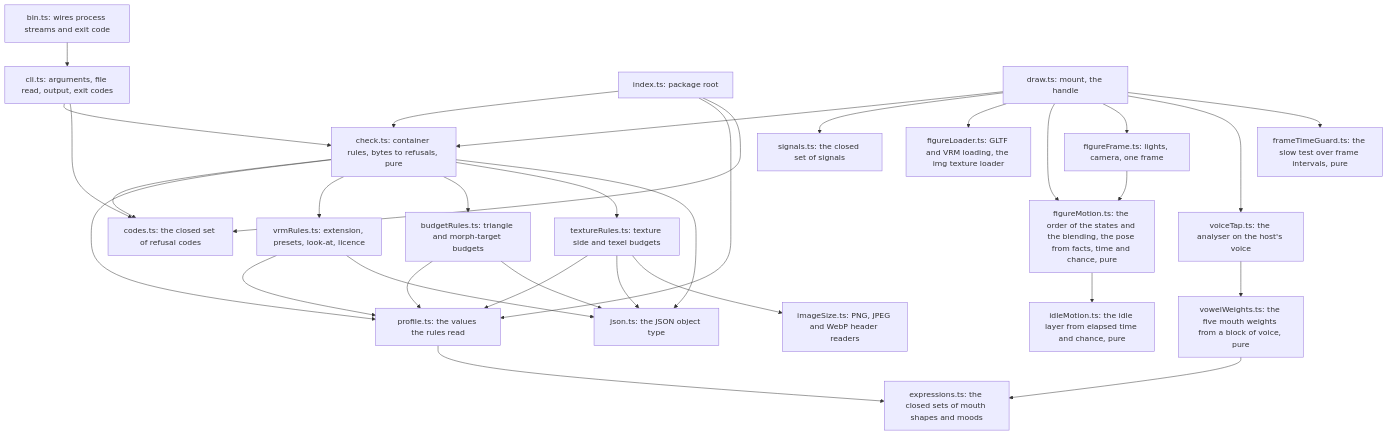
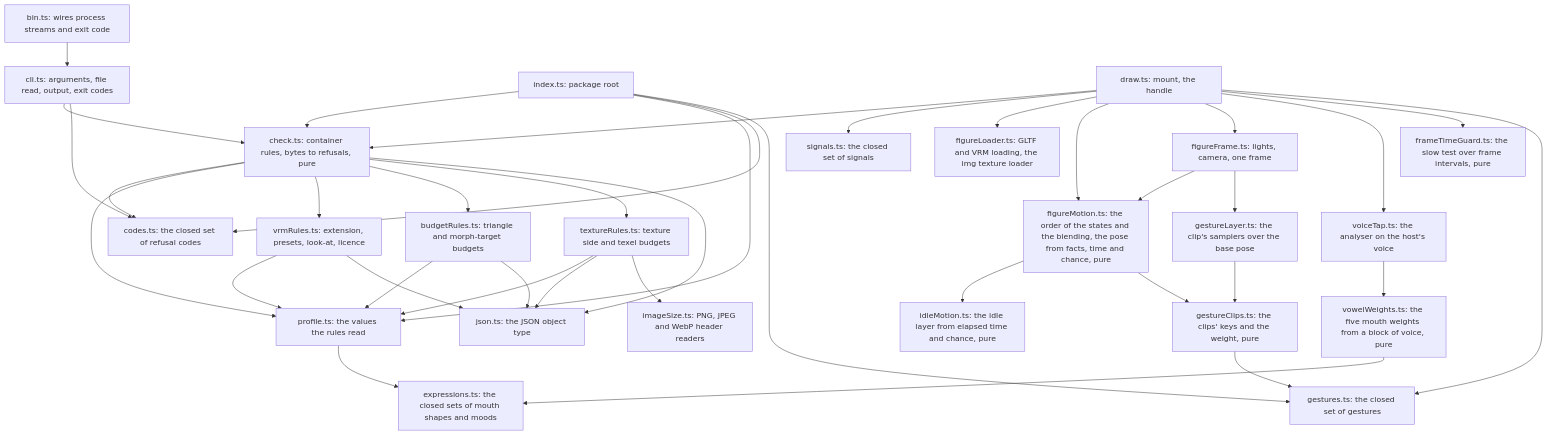
Before and after one commit to overnightworks/figure: the second of 4 diagrams in docs/ARCHITECTURE.md, drawn with Mermaid. The commit also changed other lines of this file and 21 other files, not shown here.

First line of the commit message:
gesture('wave') plays figure's own wave on the right arm (#76)

````diff
--- a/docs/ARCHITECTURE.md
+++ b/docs/ARCHITECTURE.md
@@ -22,44 +22,51 @@
 ```mermaid
 flowchart TD
     bin["bin.ts: wires process streams and exit code"] --> cli
     cli["cli.ts: arguments, file read, output, exit codes"] --> check
     cli --> codes
     check["check.ts: container rules, bytes to refusals, pure"] --> codes
     check --> profile
     check --> vrmRules
     check --> budgetRules
     check --> textureRules
     textureRules["textureRules.ts: texture side and texel budgets"] --> profile
     textureRules --> json
     textureRules --> imageSize
     imageSize["imageSize.ts: PNG, JPEG and WebP header readers"]
     vrmRules["vrmRules.ts: extension, presets, look-at, licence"] --> profile
     budgetRules["budgetRules.ts: triangle and morph-target budgets"] --> profile
     vrmRules --> json
     budgetRules --> json
     check --> json
     json["json.ts: the JSON object type"]
     profile["profile.ts: the values the rules read"] --> expressions
     expressions["expressions.ts: the closed sets of mouth shapes and moods"]
     vowelWeights["vowelWeights.ts: the five mouth weights from a block of voice, pure"] --> expressions
     codes["codes.ts: the closed set of refusal codes"]
     index["index.ts: package root"] --> check
     index --> profile
     index --> codes
+    index --> gestures
     draw["draw.ts: mount, the handle"] --> check
     draw --> signals
     draw --> figureLoader
     draw --> figureMotion
     draw --> figureFrame
     draw --> voiceTap
     voiceTap["voiceTap.ts: the analyser on the host's voice"] --> vowelWeights
     draw --> frameTimeGuard
     figureLoader["figureLoader.ts: GLTF and VRM loading, the img texture loader"]
     figureMotion["figureMotion.ts: the order of the states and the blending, the pose from facts, time and chance, pure"]
     figureMotion --> idleMotion
     idleMotion["idleMotion.ts: the idle layer from elapsed time and chance, pure"]
+    figureMotion --> gestureClips
+    gestureClips["gestureClips.ts: the clips' keys and the weight, pure"] --> gestures
+    gestures["gestures.ts: the closed set of gestures"]
     figureFrame["figureFrame.ts: lights, camera, one frame"]
     figureFrame --> figureMotion
+    figureFrame --> gestureLayer
+    gestureLayer["gestureLayer.ts: the clip's samplers over the base pose"] --> gestureClips
+    draw --> gestures
     signals["signals.ts: the closed set of signals"]
     frameTimeGuard["frameTimeGuard.ts: the slow test over frame intervals, pure"]
 ```
````
